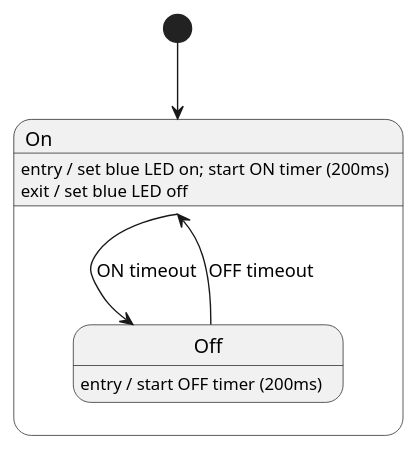
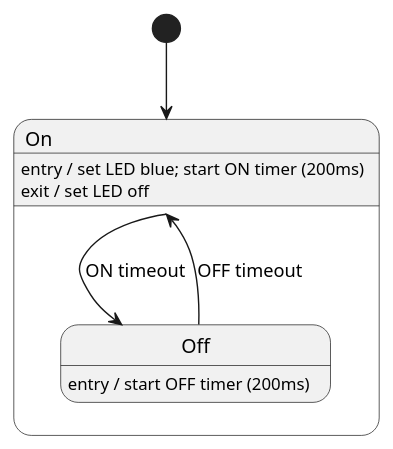
Before and after one commit to alexmarincu/tiva-playground: the diagram in src/app/blinky/blinky-state-diagram.puml, drawn with PlantUML. The commit also changed 15 other files, not shown here.

```diff
--- a/src/app/blinky/blinky-state-diagram.puml
+++ b/src/app/blinky/blinky-state-diagram.puml
@@ -1,12 +1,12 @@
 @startuml blinky-state-diagram
 [*] --> On
 state On {
-    On : entry / set blue LED on; start ON timer (200ms)
-    On : exit / set blue LED off
+    On : entry / set LED blue; start ON timer (200ms)
+    On : exit / set LED off
     On --> Off : ON timeout
 }
 state Off {
     Off : entry / start OFF timer (200ms)
     Off --> On : OFF timeout
 }
 @enduml
```
